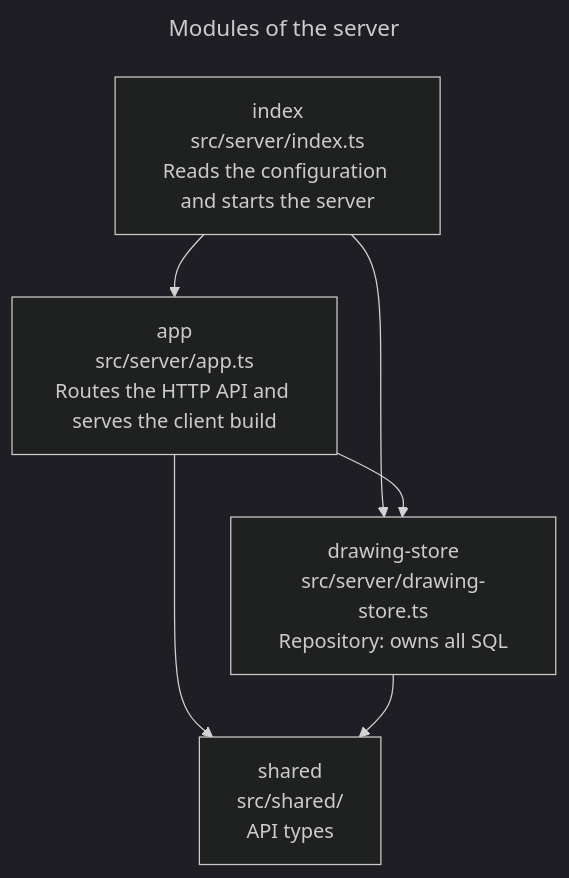
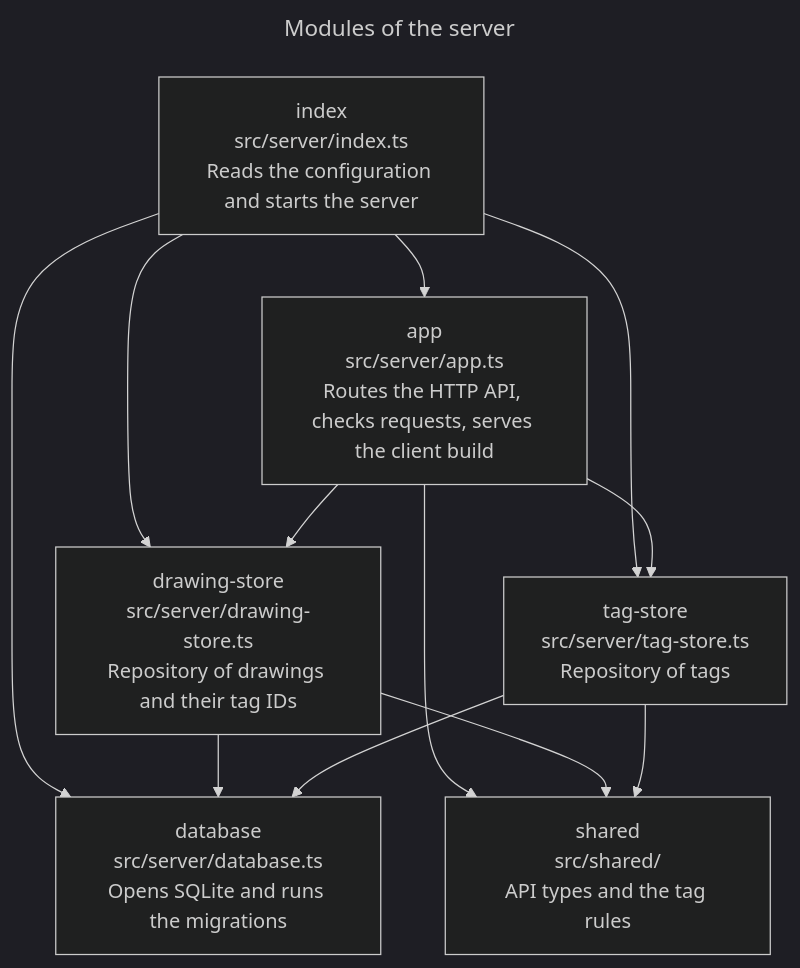
One commit to remshams/excalidraw-dashboard changed the fourth of 10 diagrams in docs/architecture/architecture.md. Above: the diagram before and after it, drawn with Mermaid (dark theme). The commit also changed other lines of this file and 3 other files, not shown here.

First line of the commit message:
docs(Architecture): describe tags, the migrations and the tag API

````diff
--- a/docs/architecture/architecture.md
+++ b/docs/architecture/architecture.md
@@ -93,13 +103,16 @@
 ```mermaid
 ---
 title: Modules of the server
 ---
 flowchart TD
     index["index<br>src/server/index.ts<br>Reads the configuration and starts the server"]:::module
-    app["app<br>src/server/app.ts<br>Routes the HTTP API and serves the client build"]:::module
-    store["drawing-store<br>src/server/drawing-store.ts<br>Repository: owns all SQL"]:::module
-    shared["shared<br>src/shared/<br>API types"]:::module
-    index --> app & store
-    app --> store & shared
-    store --> shared
+    app["app<br>src/server/app.ts<br>Routes the HTTP API, checks requests, serves the client build"]:::module
+    database["database<br>src/server/database.ts<br>Opens SQLite and runs the migrations"]:::module
+    store["drawing-store<br>src/server/drawing-store.ts<br>Repository of drawings and their tag IDs"]:::module
+    tagStore["tag-store<br>src/server/tag-store.ts<br>Repository of tags"]:::module
+    shared["shared<br>src/shared/<br>API types and the tag rules"]:::module
+    index --> app & database & store & tagStore
+    app --> store & tagStore & shared
+    store --> database & shared
+    tagStore --> database & shared
 ```
````
